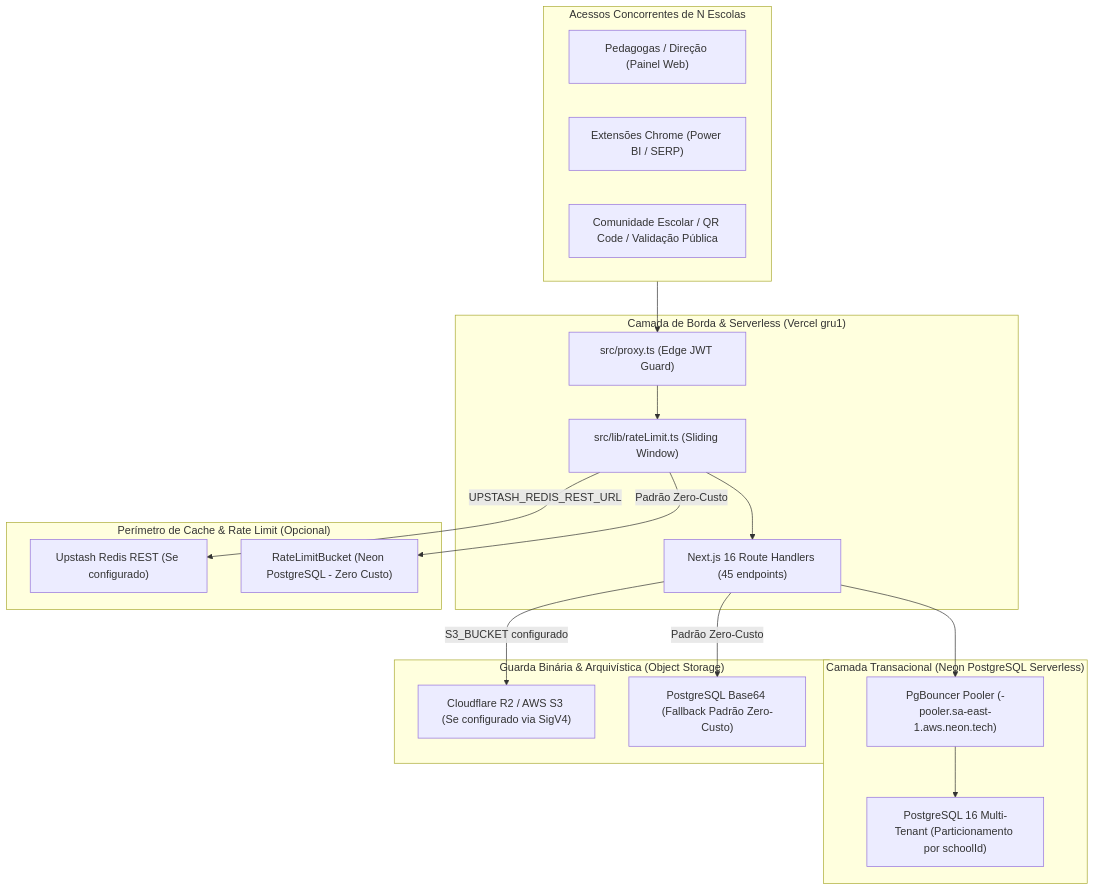
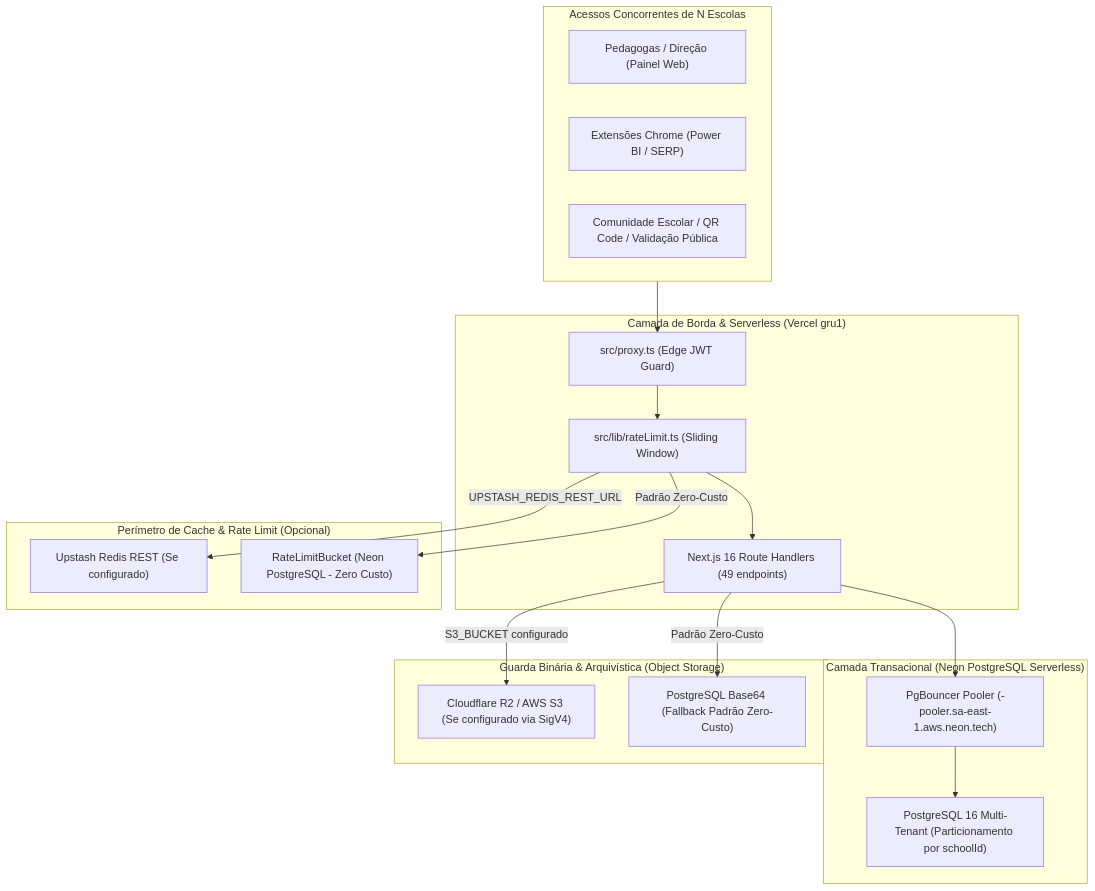
The diagram in docs/GUIA_ESCALABILIDADE.md (MarcosWrobel/rede-ativa), drawn with Mermaid before and after one commit. The commit also changed 61 other files, not shown here.

````diff
--- a/docs/GUIA_ESCALABILIDADE.md
+++ b/docs/GUIA_ESCALABILIDADE.md
@@ -24,37 +24,37 @@
 ```mermaid
 flowchart TD
     subgraph CLIENTS ["Acessos Concorrentes de N Escolas"]
         PED["Pedagogas / Direção (Painel Web)"]
         EXT["Extensões Chrome (Power BI / SERP)"]
         PUB["Comunidade Escolar / QR Code / Validação Pública"]
     end
 
     subgraph VERCEL ["Camada de Borda & Serverless (Vercel gru1)"]
         PROXY["src/proxy.ts (Edge JWT Guard)"]
         RL["src/lib/rateLimit.ts (Sliding Window)"]
-        API["Next.js 16 Route Handlers (45 endpoints)"]
+        API["Next.js 16 Route Handlers (49 endpoints)"]
     end
 
     subgraph CACHE ["Perímetro de Cache & Rate Limit (Opcional)"]
         UPSTASH["Upstash Redis REST (Se configurado)"]
         PGLIM["RateLimitBucket (Neon PostgreSQL - Zero Custo)"]
     end
 
     subgraph DB ["Camada Transacional (Neon PostgreSQL Serverless)"]
         POOLER["PgBouncer Pooler (-pooler.sa-east-1.aws.neon.tech)"]
         NEON["PostgreSQL 16 Multi-Tenant (Particionamento por schoolId)"]
     end
 
     subgraph STORAGE ["Guarda Binária & Arquivística (Object Storage)"]
         R2["Cloudflare R2 / AWS S3 (Se configurado via SigV4)"]
         FALLBACK["PostgreSQL Base64 (Fallback Padrão Zero-Custo)"]
     end
 
     CLIENTS --> PROXY --> RL
     RL -->|"UPSTASH_REDIS_REST_URL"| UPSTASH
     RL -->|"Padrão Zero-Custo"| PGLIM
     RL --> API
     API --> POOLER --> NEON
     API -->|"S3_BUCKET configurado"| R2
     API -->|"Padrão Zero-Custo"| FALLBACK
 ```
````
